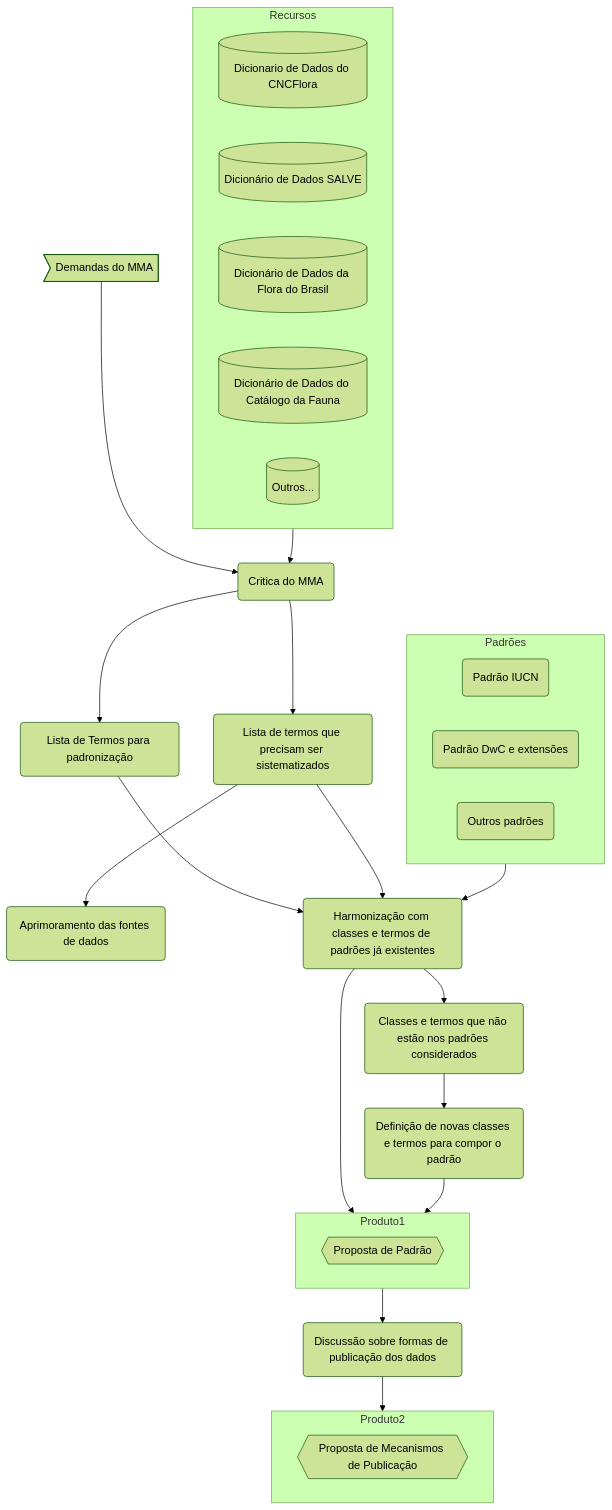
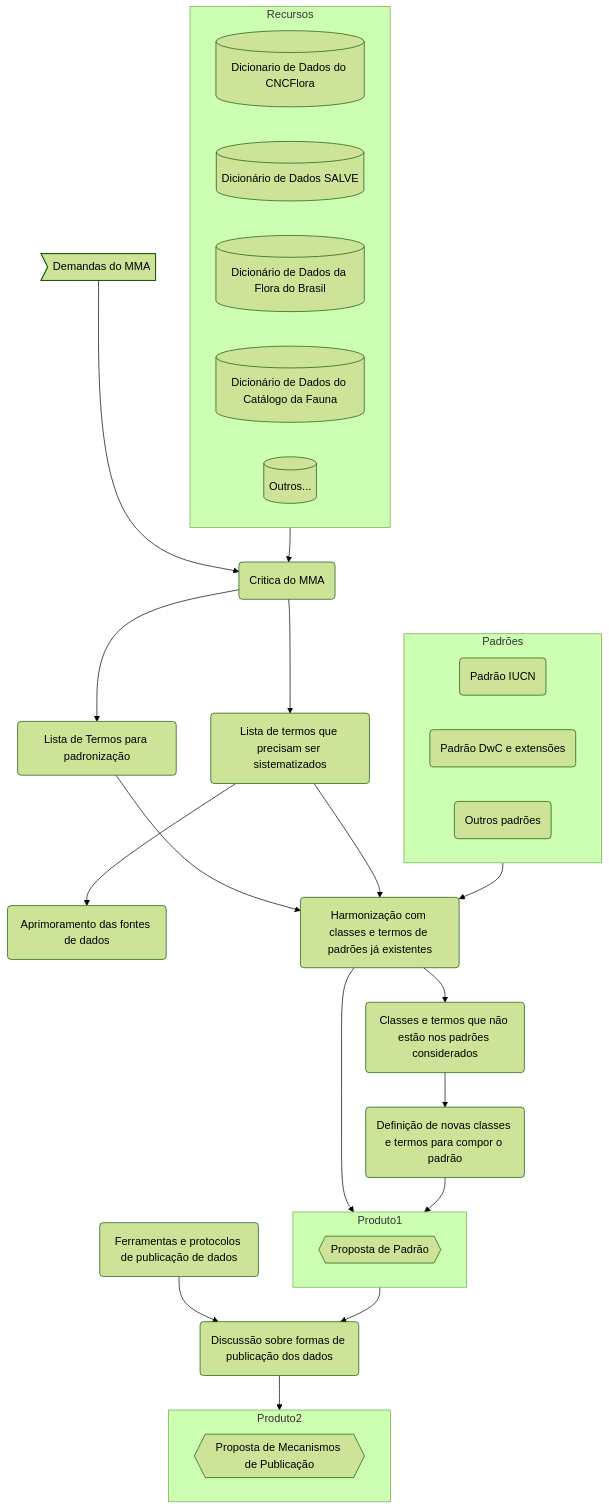
Before and after one commit to jlanna/MMA-Ameacadas: the diagram in readme/Fluxograma1.md, drawn with Mermaid (forest theme).

````diff
--- a/readme/Fluxograma1.md
+++ b/readme/Fluxograma1.md
@@ -1,37 +1,38 @@
 ```mermaid
 flowchart TB
     A(Critica do MMA) --> B(Lista de Termos para padronização)
     A --> C(Lista de termos que precisam ser sistematizados)
     D>Demandas do MMA] --> A
     Recursos --> A
     subgraph Recursos
         direction RL    
         dc1[(Dicionario de Dados do CNCFlora)]
         dc2[(Dicionário de Dados SALVE)]
         dc3[(Dicionário de Dados da Flora do Brasil)]
         dc4[(Dicionário de Dados do Catálogo da Fauna)]
         dc5[(Outros...)]
      end
     C(Lista de termos que precisam ser sistematizados) --> E(Aprimoramento das fontes de dados)
     B --> F(Harmonização com classes e termos de padrões já existentes)
     C --> F(Harmonização com classes e termos de padrões já existentes)
     subgraph Padrões
         direction RL
         G(Padrão IUCN)
         H(Padrão DwC e extensões)
         I(Outros padrões)
     end
     Padrões --> F   
     F --> J(Classes e termos que não estão nos padrões considerados)
     J --> K(Definição de novas classes e termos para compor o padrão)
     subgraph Produto1
         L{{Proposta de Padrão}}
     end
     F --> Produto1
     K --> Produto1
     Produto1 --> M(Discussão sobre formas de publicação dos dados)
     subgraph Produto2
         N{{Proposta de Mecanismos de Publicação}}
     end
+    O(Ferramentas e protocolos de publicação de dados) --> M
     M --> Produto2
 ```
````
